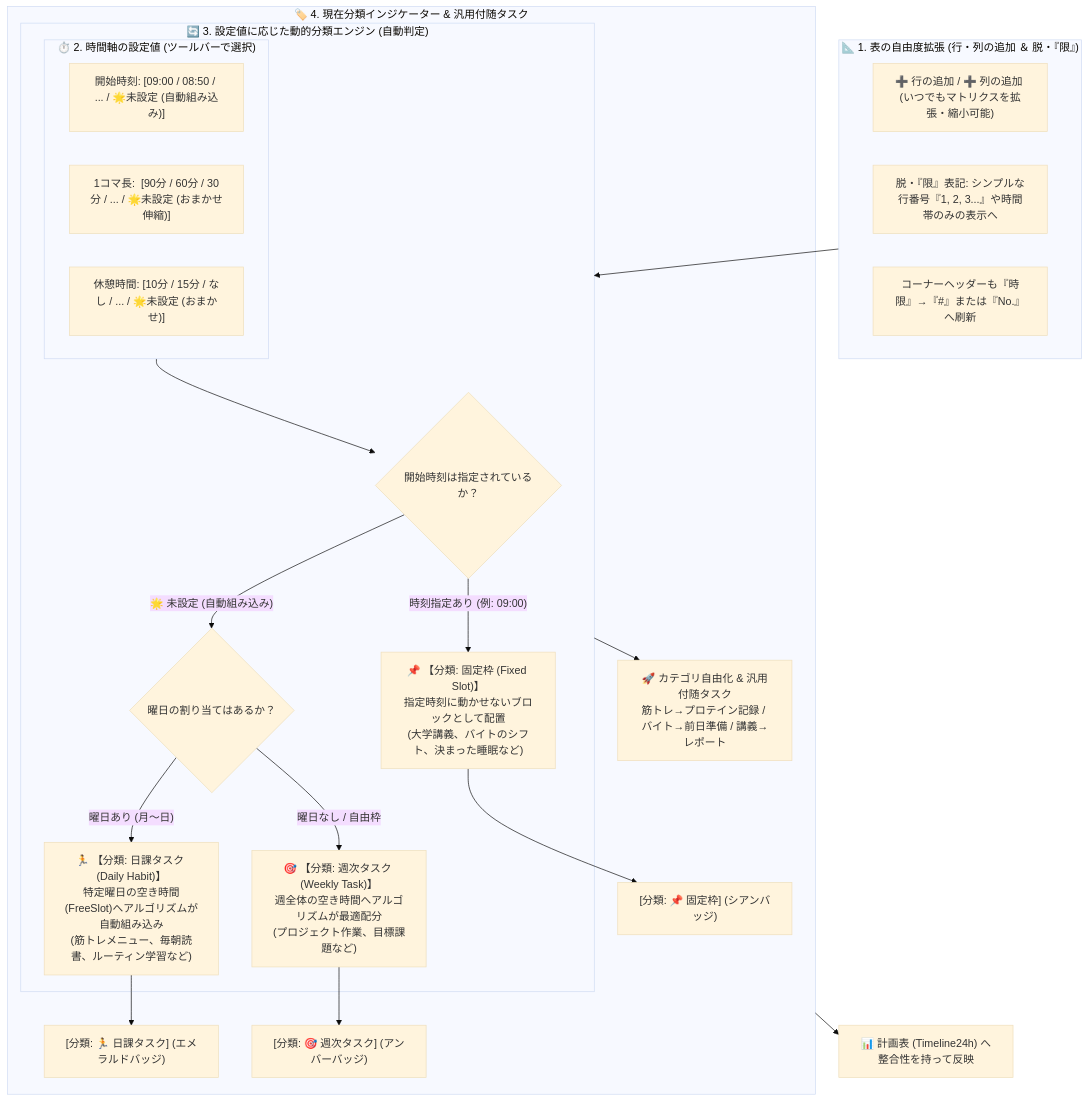
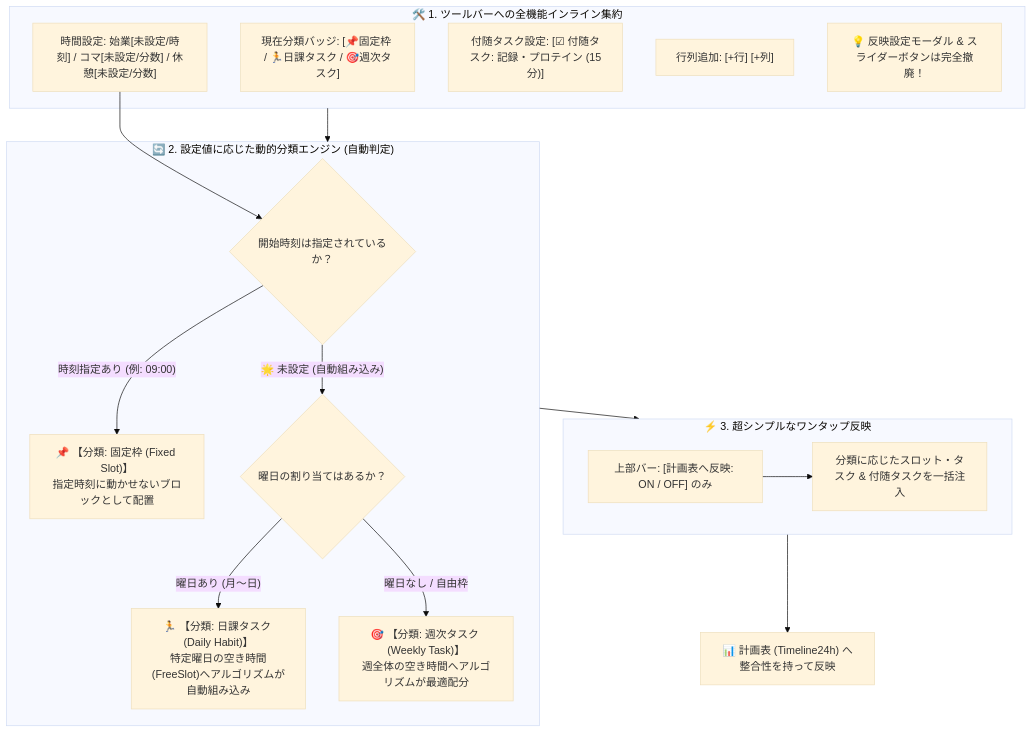
One commit to chku25062-sketch/creation_1 changed the first of 3 diagrams in Plan7.md. Above: the diagram before and after it, drawn with Mermaid (base theme). The commit also changed other lines of this file, not shown here.

Commit message:
docs: streamline Plan7.md removing apply settings button and inlining attached tasks into toolbar

````diff
--- a/Plan7.md
+++ b/Plan7.md
@@ -17,36 +28,29 @@
 ```mermaid
 flowchart TD
-    subgraph GridDesign["📐 1. 表の自由度拡張 (行・列の追加 ＆ 脱・『限』)"]
-        G1["➕ 行の追加 / ➕ 列の追加 (いつでもマトリクスを拡張・縮小可能)"]
-        G2["脱・『限』表記: シンプルな行番号『1, 2, 3...』や時間帯のみの表示へ"]
-        G3["コーナーヘッダーも『時限』→『#』または『No.』へ刷新"]
+    subgraph ToolbarIntegration["🛠️ 1. ツールバーへの全機能インライン集約"]
+        T1["現在分類バッジ: [📌固定枠 / 🏃日課タスク / 🎯週次タスク]"]
+        T2["時間設定: 始業[未設定/時刻] / コマ[未設定/分数] / 休憩[未設定/分数]"]
+        T3["付随タスク設定: [☑ 付随タスク: 記録・プロテイン (15分)]"]
+        T4["行列追加: [+行] [+列]"]
+        T5["💡 反映設定モーダル & スライダーボタンは完全撤廃！"]
     end
 
-    subgraph TimeConfig["⏱️ 2. 時間軸の設定値 (ツールバーで選択)"]
-        C1["開始時刻: [09:00 / 08:50 / ... / 🌟未設定 (自動組み込み)]"]
-        C2["1コマ長:  [90分 / 60分 / 30分 / ... / 🌟未設定 (おまかせ伸縮)]"]
-        C3["休憩時間: [10分 / 15分 / なし / ... / 🌟未設定 (おまかせ)]"]
+    subgraph DynamicClassification["🔄 2. 設定値に応じた動的分類エンジン (自動判定)"]
+        T2 --> Check{"開始時刻は指定されているか？"}
+        
+        Check -- "時刻指定あり (例: 09:00)" --> Fixed["📌 【分類: 固定枠 (Fixed Slot)】<br>指定時刻に動かせないブロックとして配置"]
+        Check -- "🌟 未設定 (自動組み込み)" --> CheckDay{"曜日の割り当てはあるか？"}
+        
+        CheckDay -- "曜日あり (月〜日)" --> Daily["🏃 【分類: 日課タスク (Daily Habit)】<br>特定曜日の空き時間(FreeSlot)へアルゴリズムが自動組み込み"]
+        CheckDay -- "曜日なし / 自由枠" --> Weekly["🎯 【分類: 週次タスク (Weekly Task)】<br>週全体の空き時間へアルゴリズムが最適配分"]
     end
 
-    subgraph DynamicClassification["🔄 3. 設定値に応じた動的分類エンジン (自動判定)"]
-        TimeConfig --> Check{"開始時刻は指定されているか？"}
-        
-        Check -- "時刻指定あり (例: 09:00)" --> Fixed["📌 【分類: 固定枠 (Fixed Slot)】<br>指定時刻に動かせないブロックとして配置<br>(大学講義、バイトのシフト、決まった睡眠など)"]
-        
-        Check -- "🌟 未設定 (自動組み込み)" --> CheckDay{"曜日の割り当てはあるか？"}
-        CheckDay -- "曜日あり (月〜日)" --> Daily["🏃 【分類: 日課タスク (Daily Habit)】<br>特定曜日の空き時間(FreeSlot)へアルゴリズムが自動組み込み<br>(筋トレメニュー、毎朝読書、ルーティン学習など)"]
-        CheckDay -- "曜日なし / 自由枠" --> Weekly["🎯 【分類: 週次タスク (Weekly Task)】<br>週全体の空き時間へアルゴリズムが最適配分<br>(プロジェクト作業、目標課題など)"]
+    subgraph SimpleReflection["⚡ 3. 超シンプルなワンタップ反映"]
+        Toggle["上部バー: [計画表へ反映: ON / OFF] のみ"]
+        Toggle --> Apply["分類に応じたスロット・タスク & 付随タスクを一括注入"]
     end
 
-    subgraph UI_Badge["🏷️ 4. 現在分類インジケーター & 汎用付随タスク"]
-        Fixed --> Badge1["[分類: 📌 固定枠] (シアンバッジ)"]
-        Daily --> Badge2["[分類: 🏃 日課タスク] (エメラルドバッジ)"]
-        Weekly --> Badge3["[分類: 🎯 週次タスク] (アンバーバッジ)"]
-        
-        UniversalTask["🚀 カテゴリ自由化 & 汎用付随タスク<br>筋トレ→プロテイン記録 / バイト→前日準備 / 講義→レポート"]
-        DynamicClassification --> UniversalTask
-    end
-
-    GridDesign --> DynamicClassification
-    UI_Badge --> Timeline["📊 計画表 (Timeline24h) へ整合性を持って反映"]
+    ToolbarIntegration --> DynamicClassification
+    DynamicClassification --> SimpleReflection
+    SimpleReflection --> Timeline["📊 計画表 (Timeline24h) へ整合性を持って反映"]
 ```
````
